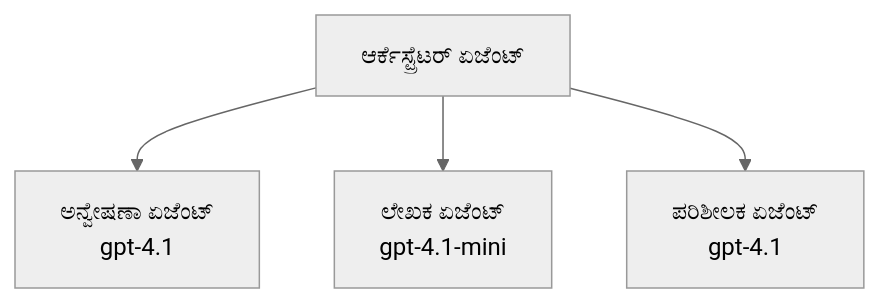
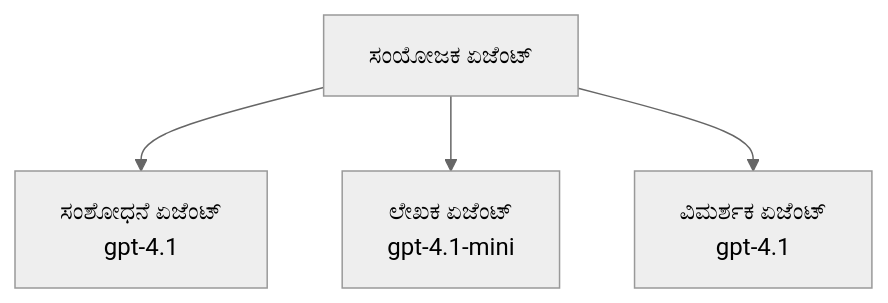
Before and after one commit to microsoft/AZD-for-beginners: the third of 3 diagrams in translations/kn/docs/chapter-02-ai-development/agents.md, drawn with Mermaid (neutral theme). The commit also changed other lines of this file and 104 other files, not shown here.

````diff
--- a/translations/kn/docs/chapter-02-ai-development/agents.md
+++ b/translations/kn/docs/chapter-02-ai-development/agents.md
@@ -194,6 +201,6 @@
 ```mermaid
 graph TD
-    Orchestrator[ಆರ್ಕೆಸ್ಟ್ರೆಟರ್ ಏಜೆಂಟ್] --> Research[ಅನ್ವೇಷಣಾ ಏಜೆಂಟ್<br/>gpt-4.1]
+    Orchestrator[ಸಂಯೋಜಕ ಏಜೆಂಟ್] --> Research[ಸಂಶೋಧನೆ ಏಜೆಂಟ್<br/>gpt-4.1]
     Orchestrator --> Writer[ಲೇಖಕ ಏಜೆಂಟ್<br/>gpt-4.1-mini]
-    Orchestrator --> Reviewer[ಪರಿಶೀಲಕ ಏಜೆಂಟ್<br/>gpt-4.1]
+    Orchestrator --> Reviewer[ವಿಮರ್ಶಕ ಏಜೆಂಟ್<br/>gpt-4.1]
 ```
````
